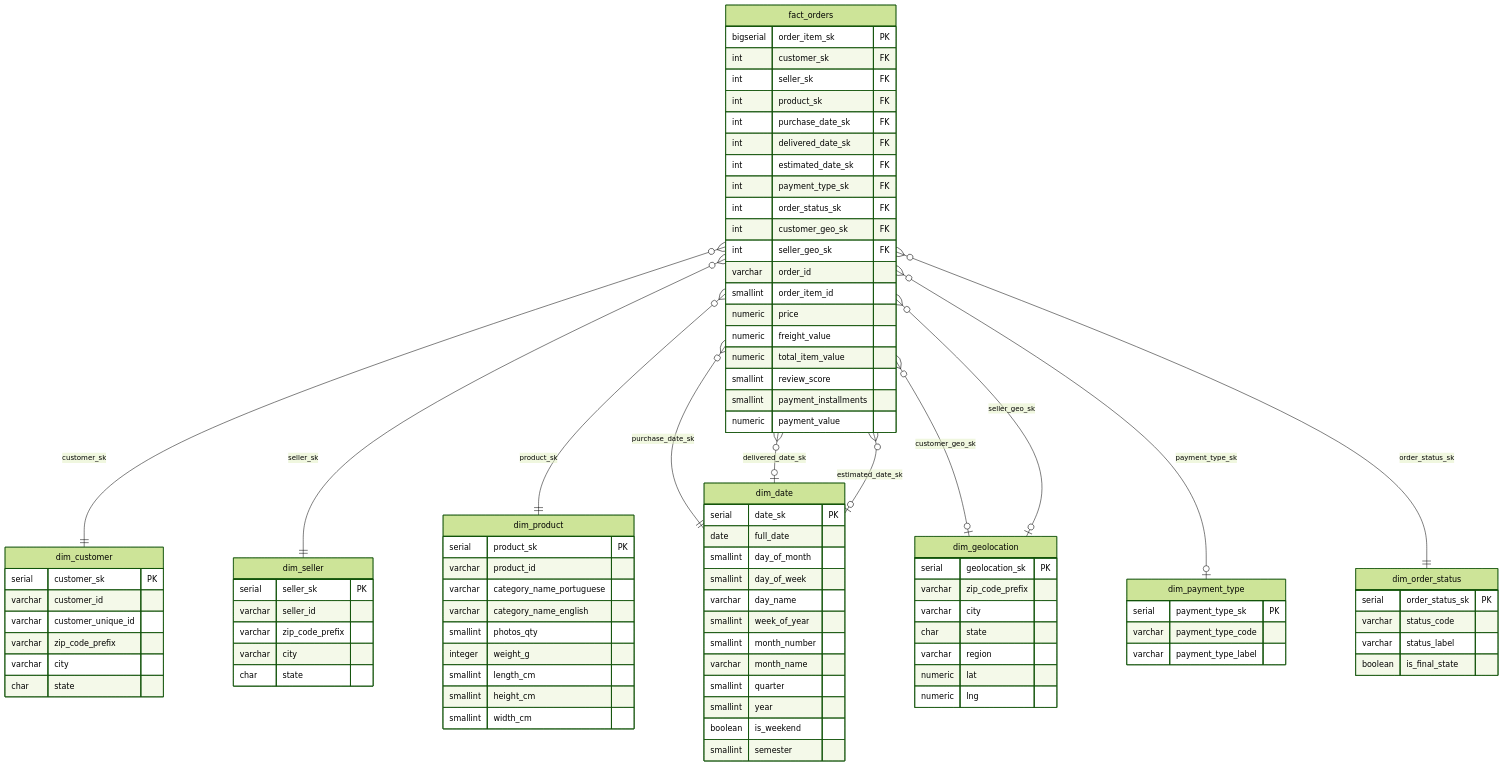
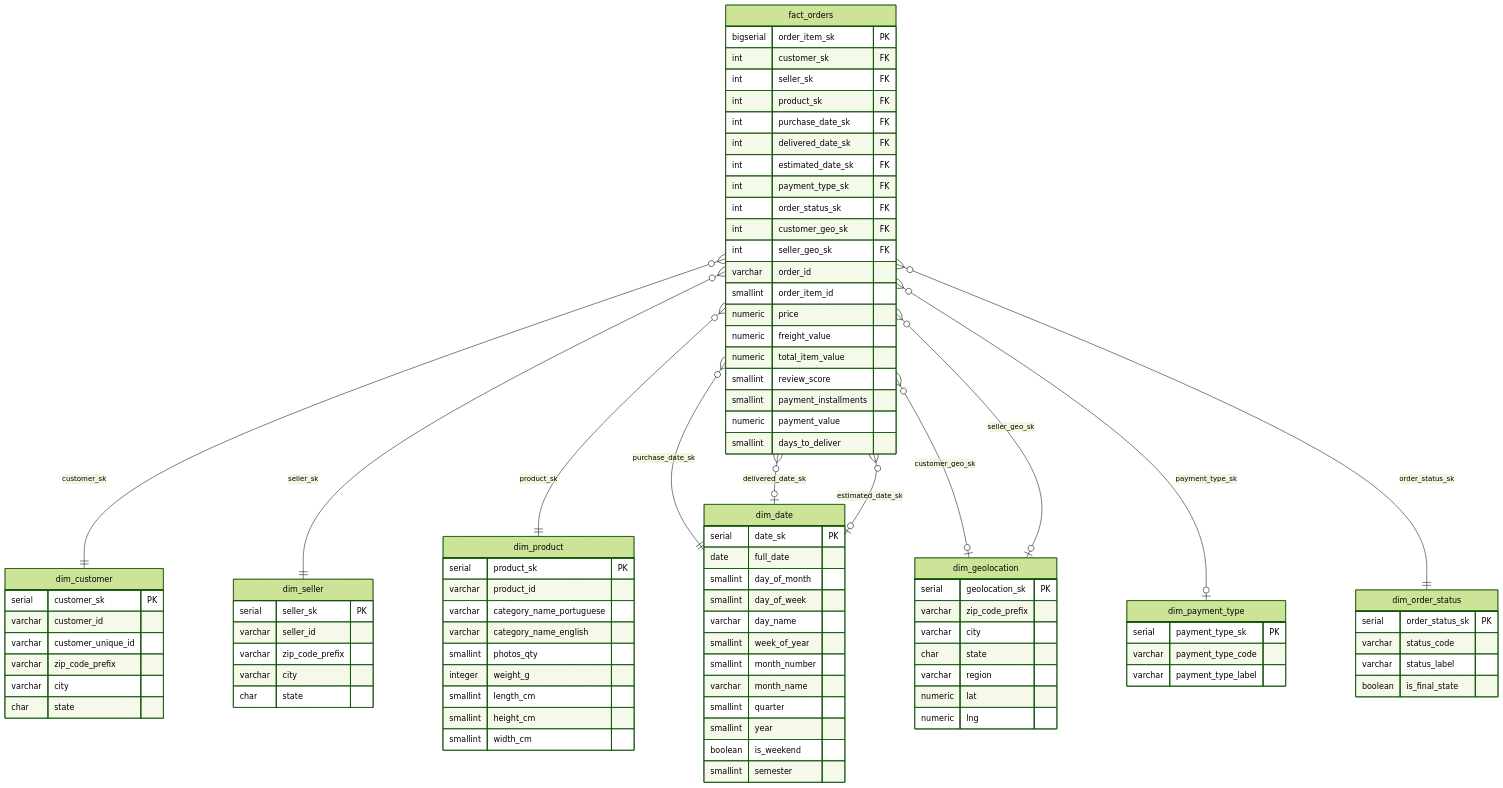
The diagram in README.md (thiagonatandev/olist-data-warehouse), drawn with Mermaid (forest theme) before and after one commit. The commit also changed other lines of this file, not shown here.

````diff
--- a/README.md
+++ b/README.md
@@ -39,6 +261,7 @@
     smallint review_score
     smallint payment_installments
     numeric payment_value
+    smallint days_to_deliver
   }
   dim_customer {
     serial customer_sk PK
@@ -111,5 +334,4 @@
   fact_orders }o--o| dim_geolocation : "seller_geo_sk"
   fact_orders }o--o| dim_payment_type : "payment_type_sk"
   fact_orders }o--|| dim_order_status : "order_status_sk"
-
 ```
````
